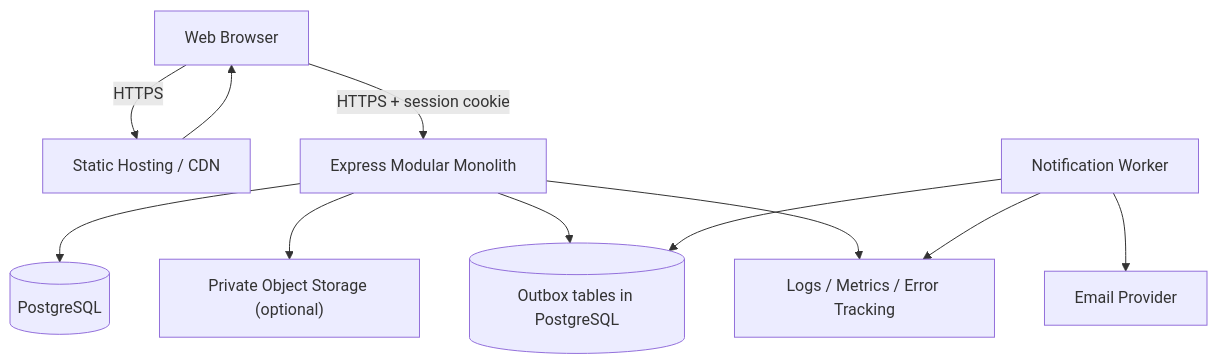
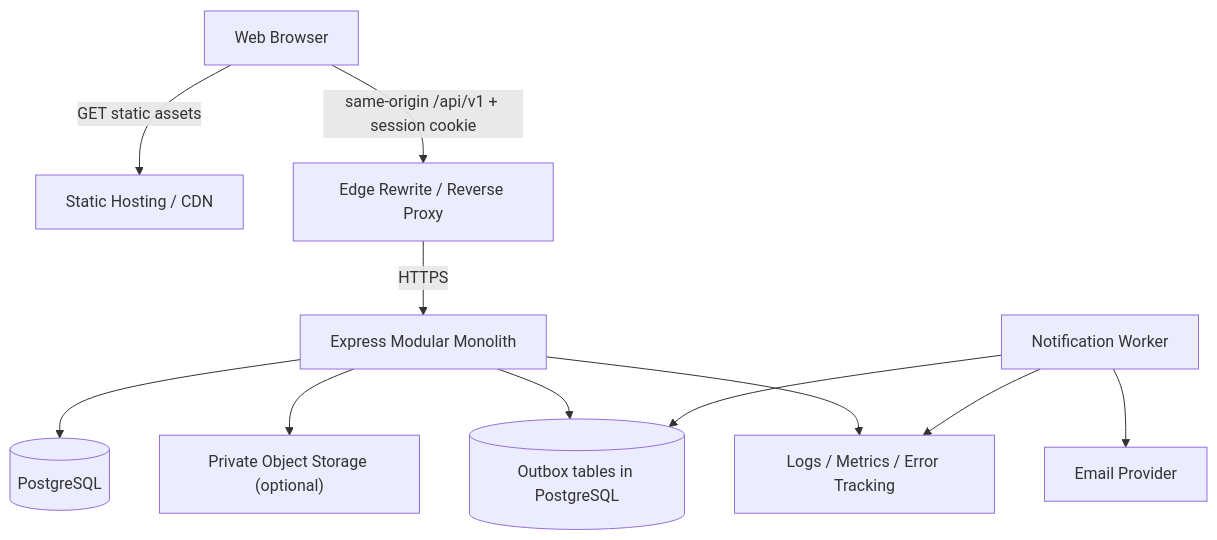
The second of 5 diagrams in docs/Project_Architecture/software_architecture.md (tnnhuaa/InterviewQuestionBank), drawn with Mermaid before and after one commit. The commit also changed other lines of this file and 1 other file, not shown here.

Commit message:
docs(architecture): align design with course references

````diff
--- a/docs/Project_Architecture/software_architecture.md
+++ b/docs/Project_Architecture/software_architecture.md
@@ -105,13 +108,13 @@
 ```mermaid
 flowchart TB
-    Browser["Web Browser"] -->|HTTPS| CDN["Static Hosting / CDN"]
-    CDN --> Browser
-    Browser -->|"HTTPS + session cookie"| API["Express Modular Monolith"]
+    Browser["Web Browser"] -->|"GET static assets"| CDN["Static Hosting / CDN"]
+    Browser -->|"same-origin /api/v1 + session cookie"| Proxy["Edge Rewrite / Reverse Proxy"]
+    Proxy -->|HTTPS| API["Express Modular Monolith"]
     API --> DB[("PostgreSQL")]
     API --> Obj["Private Object Storage (optional)"]
     API --> Outbox[("Outbox tables in PostgreSQL")]
     Worker["Notification Worker"] --> Outbox
     Worker --> Email["Email Provider"]
     API --> Obs["Logs / Metrics / Error Tracking"]
     Worker --> Obs
 ```
````
